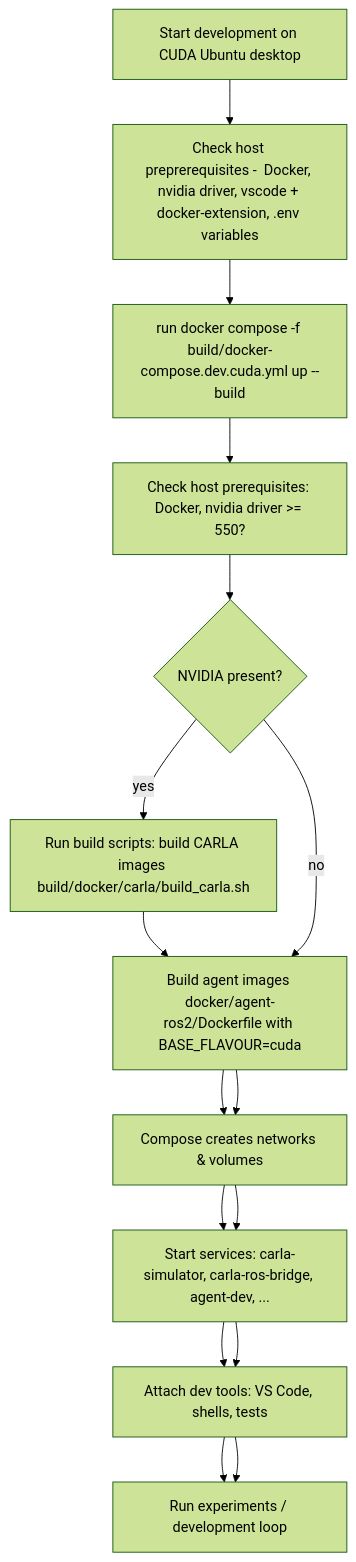
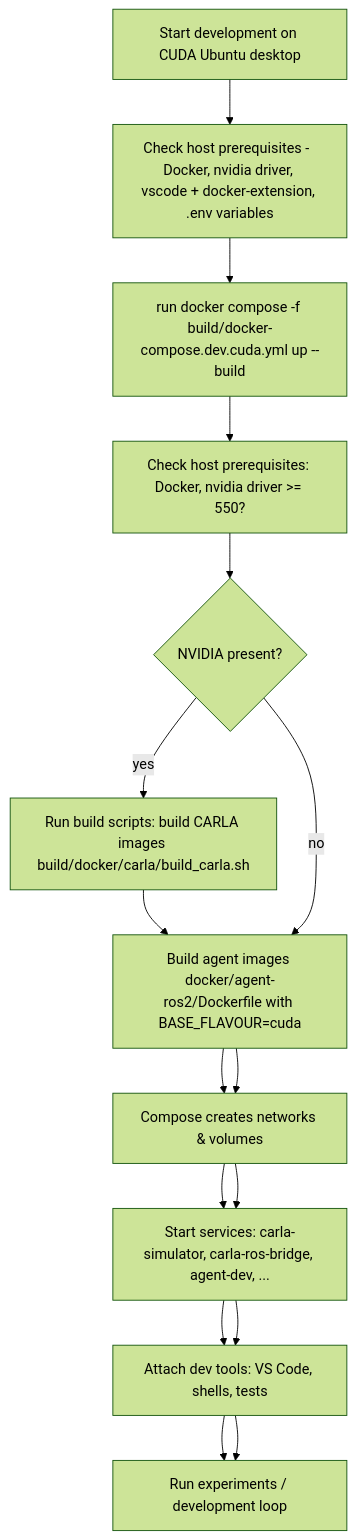
The diagram in build/README.md (una-auxme/paf), drawn with Mermaid (forest theme) before and after one commit. The commit also changed other lines of this file, not shown here.

````diff
--- a/build/README.md
+++ b/build/README.md
@@ -124,21 +124,21 @@
 ```mermaid
 flowchart TD
   Start[Start development on CUDA Ubuntu desktop]
-  Req[Check host preprerequisites -  Docker, nvidia driver, vscode + docker-extension, .env variables]
+  Req[Check host prerequisites -  Docker, nvidia driver, vscode + docker-extension, .env variables]
   A[run docker compose -f build/docker-compose.dev.cuda.yml up --build]
   B[Check host prerequisites: Docker, nvidia driver >= 550?]
   C{NVIDIA present?}
   D[Run build scripts: build CARLA images build/docker/carla/build_carla.sh]
   E[Build agent images docker/agent-ros2/Dockerfile with BASE_FLAVOUR=cuda]
   F[Compose creates networks & volumes]
   G[Start services: carla-simulator, carla-ros-bridge, agent-dev, ...]
   H[Attach dev tools: VS Code, shells, tests]
   I[Run experiments / development loop]
 
   Start --> Req --> A
   A --> B --> C
   C -- yes --> D --> E --> F --> G --> H --> I
   C -- no --> E --> F --> G --> H --> I
   %% If driver check fails there is an optional manual override
   %% G -.-> |driver too old| J[Set NVIDIA_DISABLE_REQUIRE=1 (workaround)] -.-> G
 ```
````
